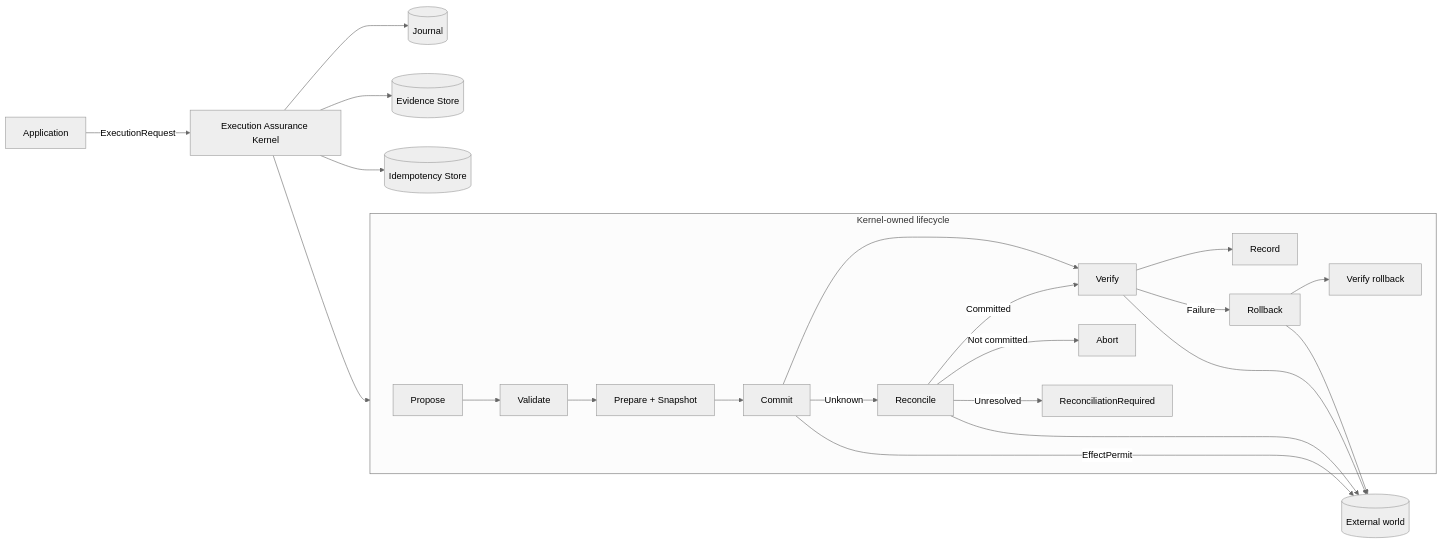
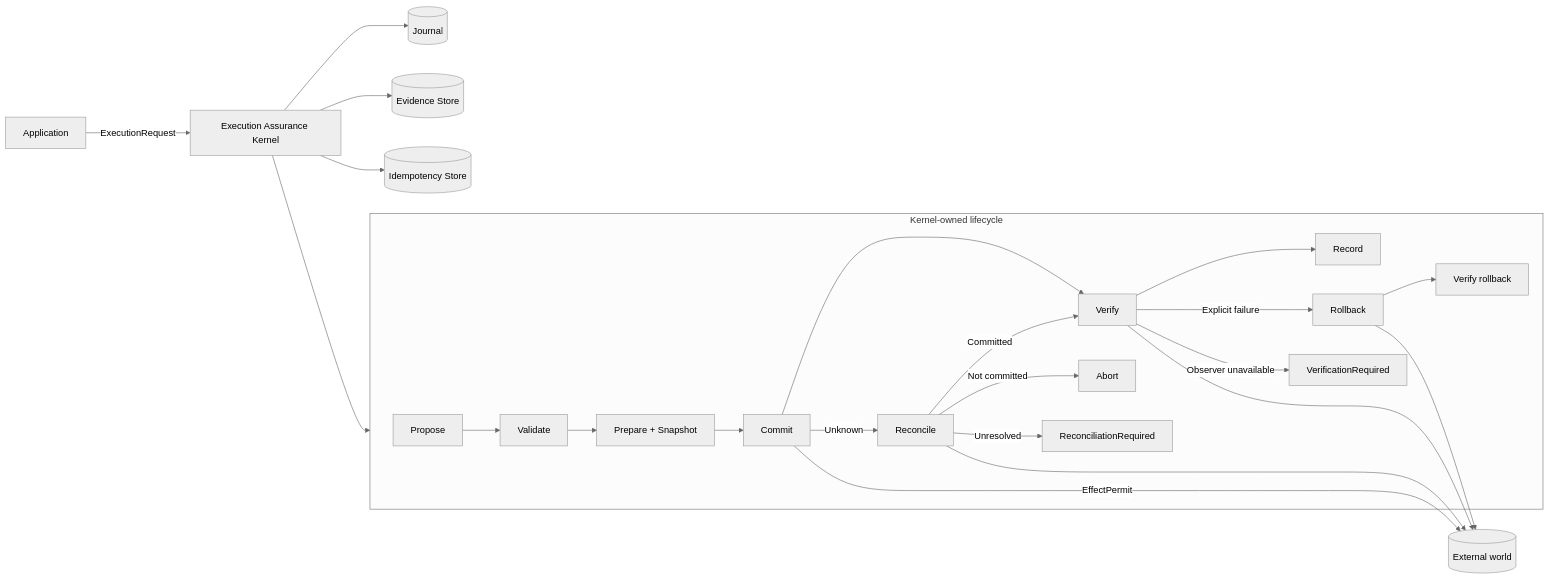
One commit to SaridakisStamatisChristos/Execution-Assurance-Microkernel changed the first of 2 diagrams in README.md. Above: the diagram before and after it, drawn with Mermaid (neutral theme). The commit also changed other lines of this file and 3 other files, not shown here.

````diff
--- a/README.md
+++ b/README.md
@@ -63,27 +69,28 @@
 ```mermaid
 flowchart LR
     APP[Application] -->|ExecutionRequest| K[Execution Assurance Kernel]
 
     subgraph KERNEL[Kernel-owned lifecycle]
         P[Propose] --> V[Validate]
         V --> PR[Prepare + Snapshot]
         PR --> C[Commit]
         C --> VE[Verify]
         VE --> R[Record]
         C -->|Unknown| RE[Reconcile]
         RE -->|Committed| VE
         RE -->|Not committed| A[Abort]
         RE -->|Unresolved| U[ReconciliationRequired]
-        VE -->|Failure| RB[Rollback]
+        VE -->|Explicit failure| RB[Rollback]
+        VE -->|Observer unavailable| VR[VerificationRequired]
         RB --> RV[Verify rollback]
     end
 
     K --> KERNEL
     K --> J[(Journal)]
     K --> E[(Evidence Store)]
     K --> I[(Idempotency Store)]
     C -->|EffectPermit| EXT[(External world)]
     RE --> EXT
     VE --> EXT
     RB --> EXT
 ```
````
